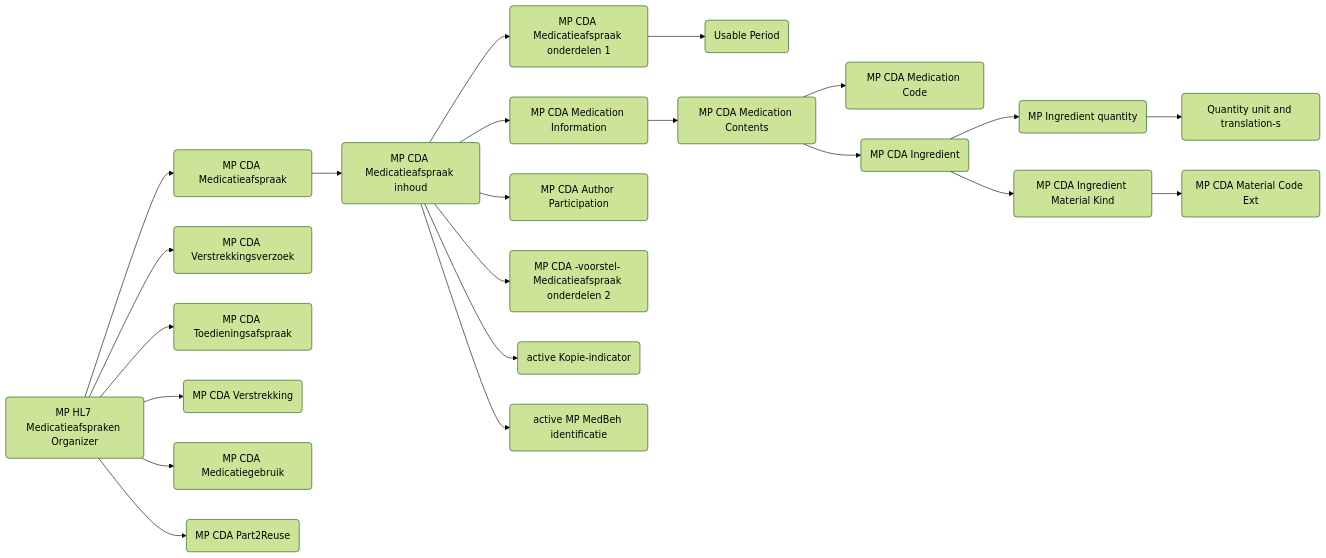
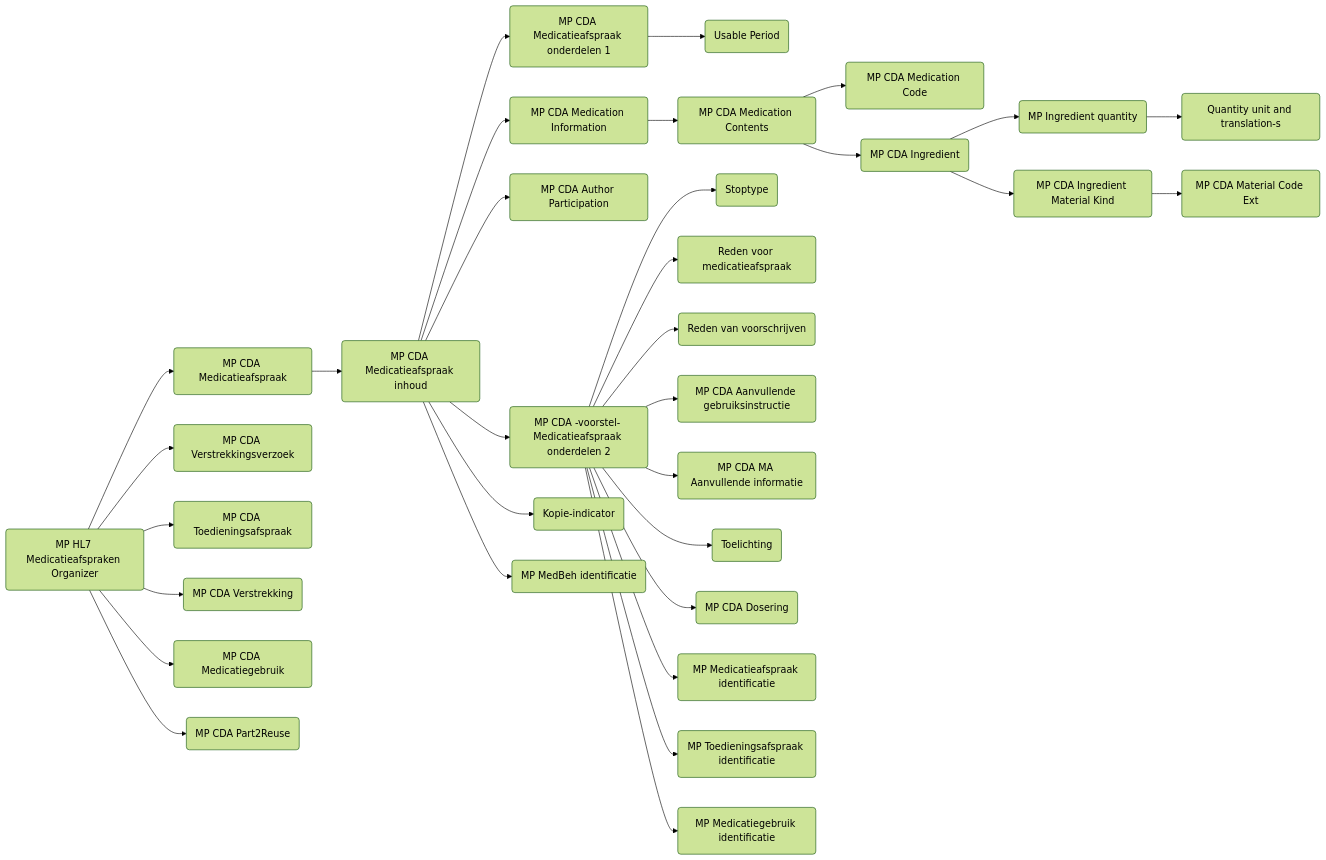
The second of 2 diagrams in Medication2.md (Duometis/overbrugging), drawn with Mermaid (forest theme) before and after one commit.

````diff
--- a/Medication2.md
+++ b/Medication2.md
@@ -29,24 +29,35 @@
 ```mermaid
 flowchart LR
 1(MP HL7 Medicatieafspraken Organizer) --> 2(MP CDA Medicatieafspraak)
 2(MP CDA Medicatieafspraak) --> 3(MP CDA Medicatieafspraak inhoud)
 3(MP CDA Medicatieafspraak inhoud) --> 11(MP CDA Medicatieafspraak onderdelen 1)
 11(MP CDA Medicatieafspraak onderdelen 1) --> 21(Usable Period)
 3(MP CDA Medicatieafspraak inhoud) --> 12(MP CDA Medication Information)
 12(MP CDA Medication Information) --> 31(MP CDA Medication Contents)
 31(MP CDA Medication Contents) --> 41(MP CDA Medication Code)
 31(MP CDA Medication Contents) --> 42(MP CDA Ingredient)
 42(MP CDA Ingredient) --> 51(MP Ingredient quantity)
 42(MP CDA Ingredient) --> 81(MP CDA Ingredient Material Kind)
 81(MP CDA Ingredient Material Kind) --> 91(MP CDA Material Code Ext)
-51(MP Ingredient quantity) --> 61(Quantity unit and translation-s)
+51(MP Ingredient quantity) --> 52(Quantity unit and translation-s)
 3(MP CDA Medicatieafspraak inhoud) --> 13(MP CDA Author Participation)
+3(MP CDA Medicatieafspraak inhoud) --> 15(Kopie-indicator)
+3(MP CDA Medicatieafspraak inhoud) --> 16(MP MedBeh identificatie)
 3(MP CDA Medicatieafspraak inhoud) --> 14(MP CDA -voorstel- Medicatieafspraak onderdelen 2)
-3(MP CDA Medicatieafspraak inhoud) --> 15(active Kopie-indicator)
-3(MP CDA Medicatieafspraak inhoud) --> 16(active MP MedBeh identificatie)
 1(MP HL7 Medicatieafspraken Organizer) --> 4(MP CDA Verstrekkingsverzoek)
 1(MP HL7 Medicatieafspraken Organizer) --> 5(MP CDA Toedieningsafspraak)
 1(MP HL7 Medicatieafspraken Organizer) --> 6(MP CDA Verstrekking)
 1(MP HL7 Medicatieafspraken Organizer) --> 7(MP CDA Medicatiegebruik)
-1(MP HL7 Medicatieafspraken Organizer) --> 8(MP CDA Part2Reuse) 
+1(MP HL7 Medicatieafspraken Organizer) --> 8(MP CDA Part2Reuse)
+14(MP CDA -voorstel- Medicatieafspraak onderdelen 2) --> 61(Stoptype)
+14(MP CDA -voorstel- Medicatieafspraak onderdelen 2) --> 62(Reden voor medicatieafspraak)
+14(MP CDA -voorstel- Medicatieafspraak onderdelen 2) --> 63(Reden van voorschrijven)
+14(MP CDA -voorstel- Medicatieafspraak onderdelen 2) --> 64(MP CDA Aanvullende gebruiksinstructie)
+14(MP CDA -voorstel- Medicatieafspraak onderdelen 2) --> 65(MP CDA MA Aanvullende informatie)
+14(MP CDA -voorstel- Medicatieafspraak onderdelen 2) --> 66(Toelichting)
+14(MP CDA -voorstel- Medicatieafspraak onderdelen 2) --> 67(MP CDA Dosering)
+14(MP CDA -voorstel- Medicatieafspraak onderdelen 2) --> 68(MP Medicatieafspraak identificatie)
+14(MP CDA -voorstel- Medicatieafspraak onderdelen 2) --> 69(MP Toedieningsafspraak identificatie)
+14(MP CDA -voorstel- Medicatieafspraak onderdelen 2) --> 70(MP Medicatiegebruik identificatie)
+
 ```
````
